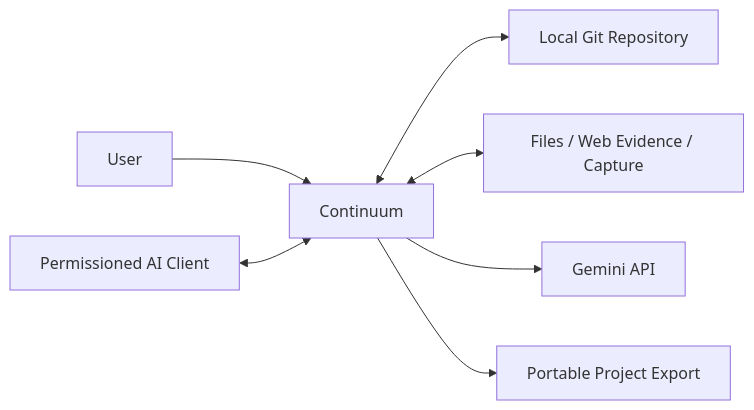
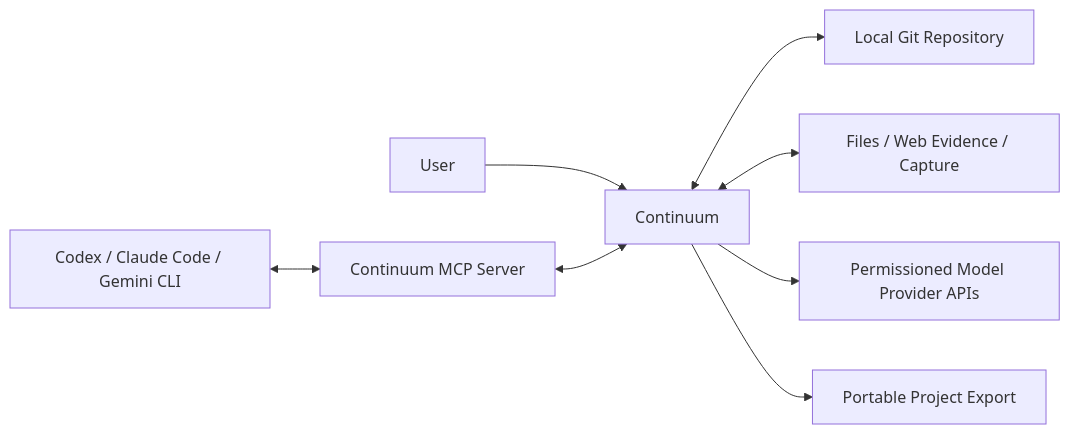
The second of 11 diagrams in docs/diagrams/CORE-ARCHITECTURE-DIAGRAMS.md (WiefranVarenzo/Continuum), drawn with Mermaid before and after one commit. The commit also changed other lines of this file and 24 other files, not shown here.

Commit message:
Generalize AI providers and define MCP boundary

````diff
--- a/docs/diagrams/CORE-ARCHITECTURE-DIAGRAMS.md
+++ b/docs/diagrams/CORE-ARCHITECTURE-DIAGRAMS.md
@@ -24,9 +29,10 @@
 ```mermaid
 flowchart LR
   User --> Continuum
   Continuum <--> Repo[Local Git Repository]
   Continuum <--> Files[Files / Web Evidence / Capture]
-  Continuum --> Gemini[Gemini API]
-  Client[Permissioned AI Client] <--> Continuum
+  Continuum --> Providers[Permissioned Model Provider APIs]
+  Client[Codex / Claude Code / Gemini CLI] <--> MCP[Continuum MCP Server]
+  MCP <--> Continuum
   Continuum --> Export[Portable Project Export]
 ```
````
